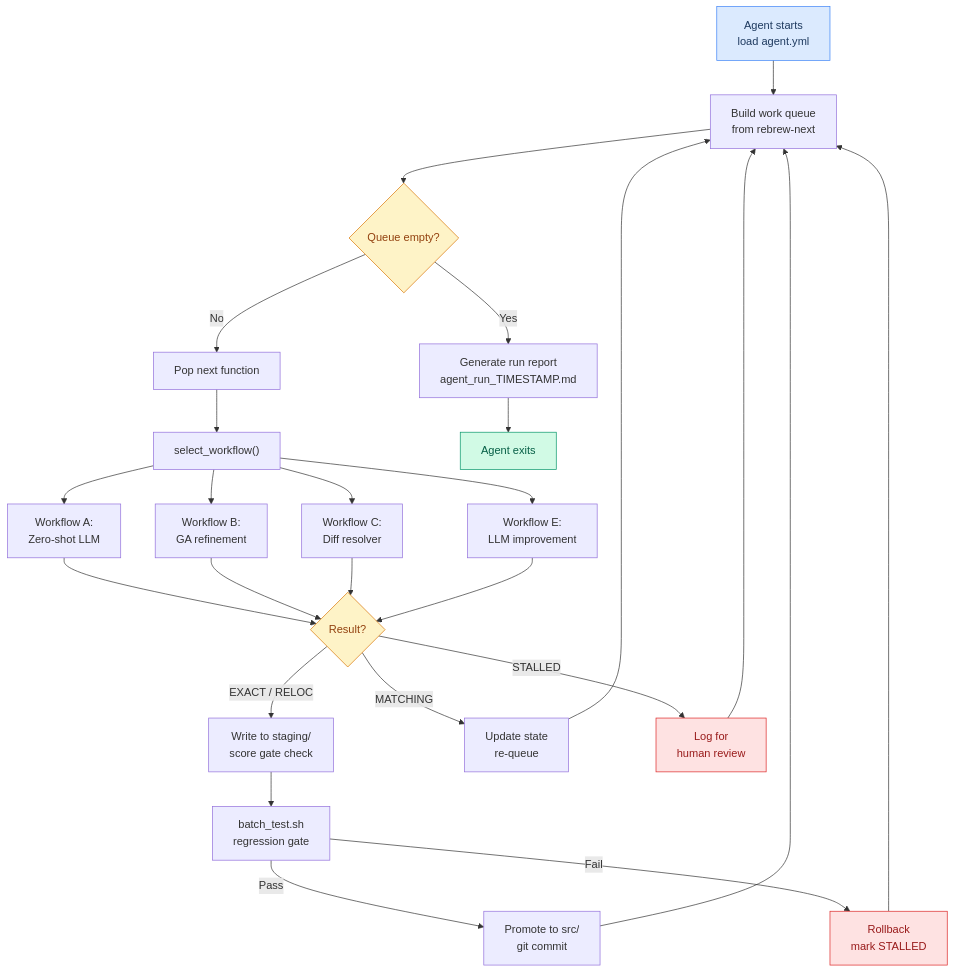
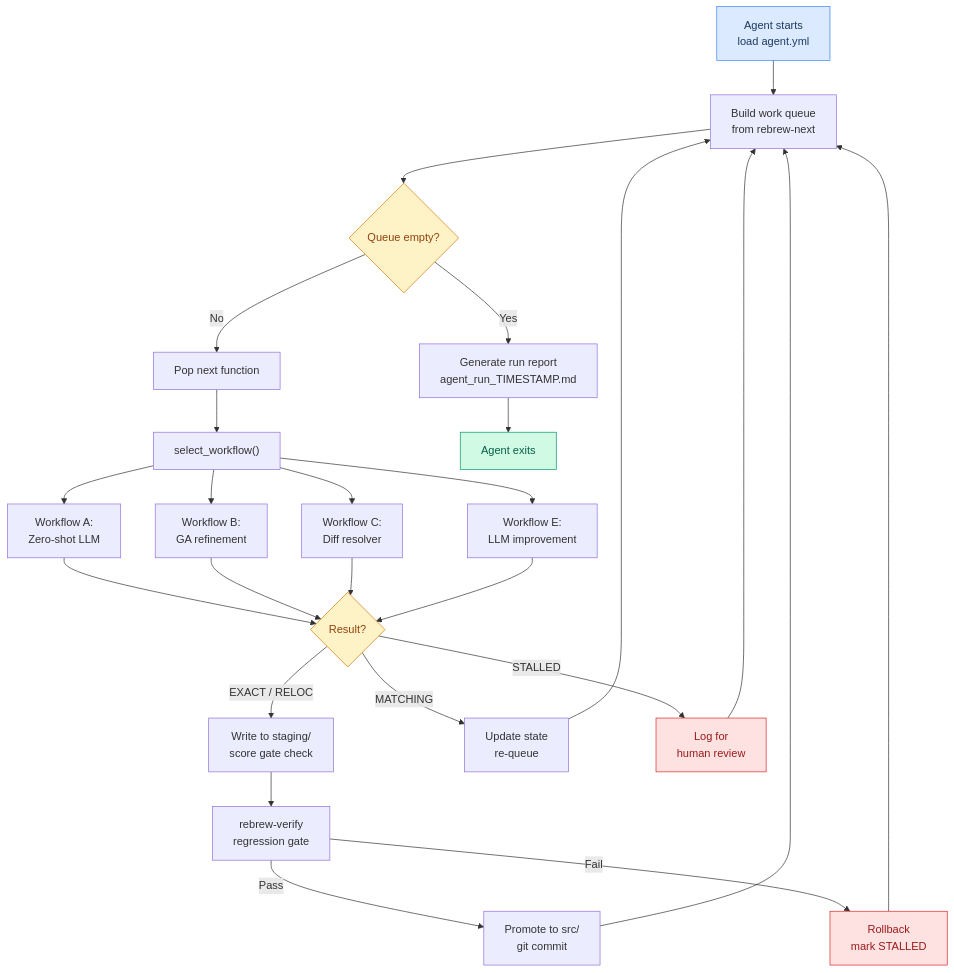
Before and after one commit to maci0/rebrew: the seventh of 16 diagrams in docs/USER_STORIES.md, drawn with Mermaid. The commit also changed other lines of this file and 10 other files, not shown here.

````diff
--- a/docs/USER_STORIES.md
+++ b/docs/USER_STORIES.md
@@ -211,39 +223,39 @@
 ```mermaid
 graph TD
     Start["Agent starts<br/>load agent.yml"] --> Queue["Build work queue<br/>from rebrew-next"]
     Queue --> Empty{"Queue empty?"}
     Empty -->|Yes| Report["Generate run report<br/>agent_run_TIMESTAMP.md"]
     Empty -->|No| Pop["Pop next function"]
     Pop --> Select["select_workflow()"]
 
     Select --> WA["Workflow A:<br/>Zero-shot LLM"]
     Select --> WB["Workflow B:<br/>GA refinement"]
     Select --> WC["Workflow C:<br/>Diff resolver"]
     Select --> WE["Workflow E:<br/>LLM improvement"]
 
     WA --> Result{"Result?"}
     WB --> Result
     WC --> Result
     WE --> Result
 
     Result -->|"EXACT / RELOC"| Stage["Write to staging/<br/>score gate check"]
     Result -->|MATCHING| Requeue["Update state<br/>re-queue"]
     Result -->|STALLED| Log["Log for<br/>human review"]
 
-    Stage --> Regression["batch_test.sh<br/>regression gate"]
+    Stage --> Regression["rebrew-verify<br/>regression gate"]
     Regression -->|Pass| Commit["Promote to src/<br/>git commit"]
     Regression -->|Fail| Rollback["Rollback<br/>mark STALLED"]
 
     Commit --> Queue
     Rollback --> Queue
     Requeue --> Queue
     Log --> Queue
     Report --> Done["Agent exits"]
 
     style Start fill:#dbeafe,stroke:#3b82f6,color:#1e3a5f
     style Done fill:#d1fae5,stroke:#059669,color:#065f46
     style Log fill:#fee2e2,stroke:#dc2626,color:#991b1b
     style Rollback fill:#fee2e2,stroke:#dc2626,color:#991b1b
     style Empty fill:#fef3c7,stroke:#d97706,color:#92400e
     style Result fill:#fef3c7,stroke:#d97706,color:#92400e
 ```
````
